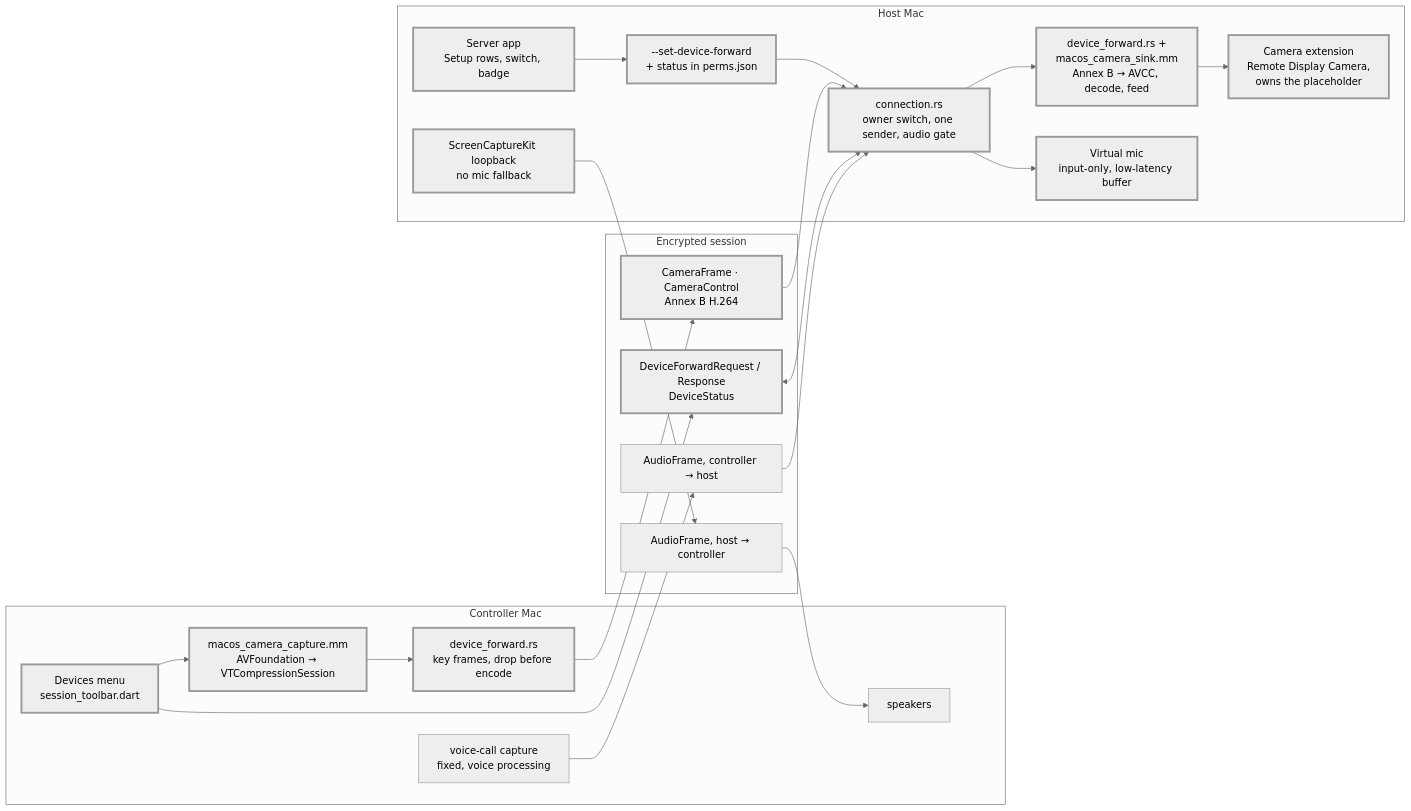
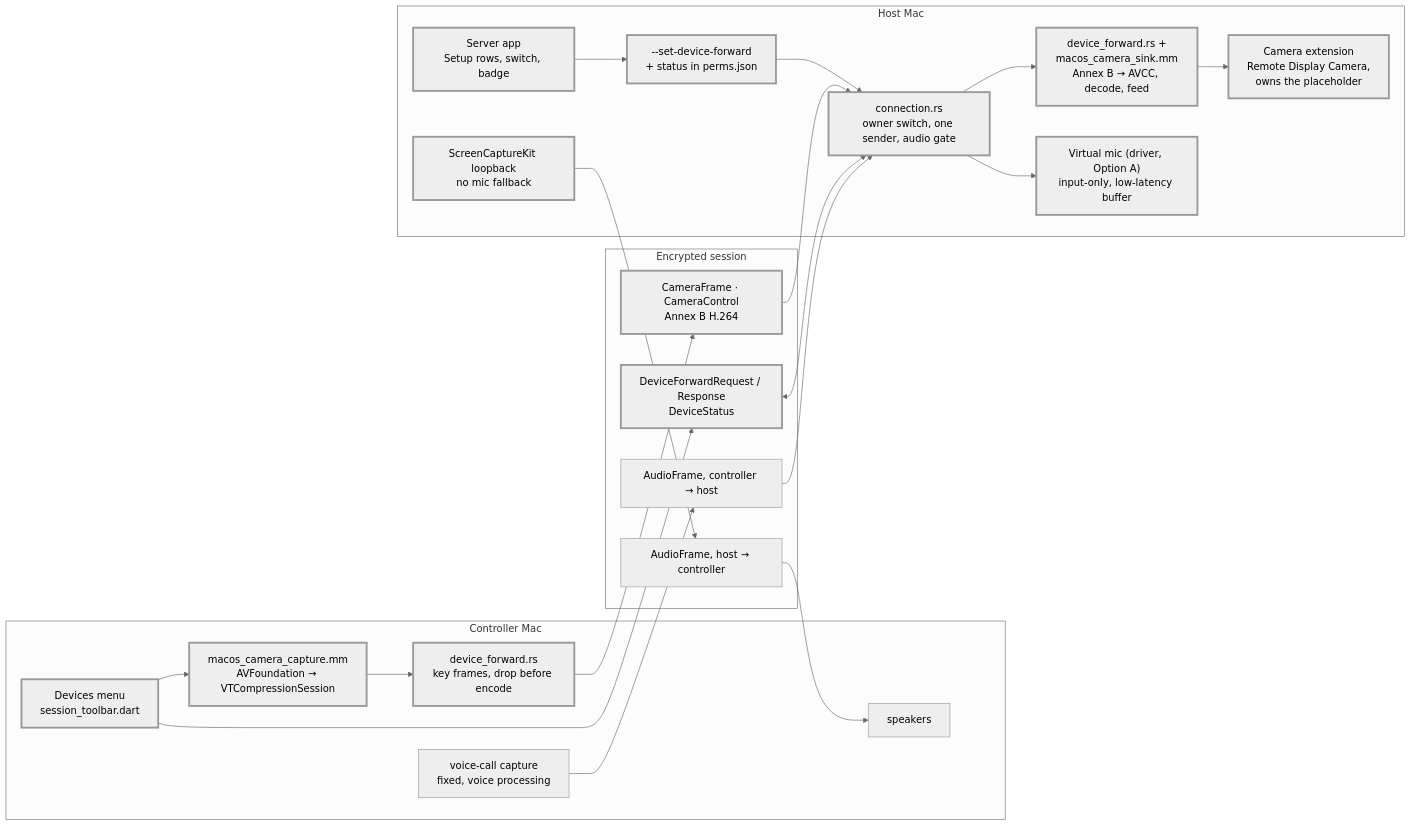
The second of 2 diagrams in docs/architecture/README.md (p-aq/remotedisplay), drawn with Mermaid (neutral theme) before and after one commit. The commit also changed other lines of this file and 4 other files, not shown here.

First line of the commit message:
Record Phase 0 mic results; choose Option A

````diff
--- a/docs/architecture/README.md
+++ b/docs/architecture/README.md
@@ -74,32 +74,32 @@
 ```mermaid
 flowchart LR
   subgraph C["Controller Mac"]
     dev["Devices menu<br/>session_toolbar.dart"]:::new
     cap["macos_camera_capture.mm<br/>AVFoundation → VTCompressionSession"]:::new
     fwd["device_forward.rs<br/>key frames, drop before encode"]:::new
     mic["voice-call capture<br/>fixed, voice processing"]
     spk["speakers"]
     dev --> cap --> fwd
   end
   subgraph S["Encrypted session"]
     cf["CameraFrame · CameraControl<br/>Annex B H.264"]:::new
     ctl["DeviceForwardRequest / Response<br/>DeviceStatus"]:::new
     af1["AudioFrame, controller → host"]
     af2["AudioFrame, host → controller"]
   end
   subgraph H["Host Mac"]
     gate["connection.rs<br/>owner switch, one sender, audio gate"]:::new
     sink["device_forward.rs +<br/>macos_camera_sink.mm<br/>Annex B → AVCC, decode, feed"]:::new
     ext["Camera extension<br/>Remote Display Camera,<br/>owns the placeholder"]:::new
-    vmic["Virtual mic<br/>input-only, low-latency buffer"]:::new
+    vmic["Virtual mic (driver, Option A)<br/>input-only, low-latency buffer"]:::new
     sck["ScreenCaptureKit loopback<br/>no mic fallback"]:::new
     app["Server app<br/>Setup rows, switch, badge"]:::new
     cli["--set-device-forward<br/>+ status in perms.json"]:::new
     app --> cli --> gate
   end
   fwd --> cf --> gate --> sink --> ext
   dev --> ctl <--> gate
   mic --> af1 --> gate --> vmic
   sck --> af2 --> spk
   classDef new stroke-width:3px
 ```
````
